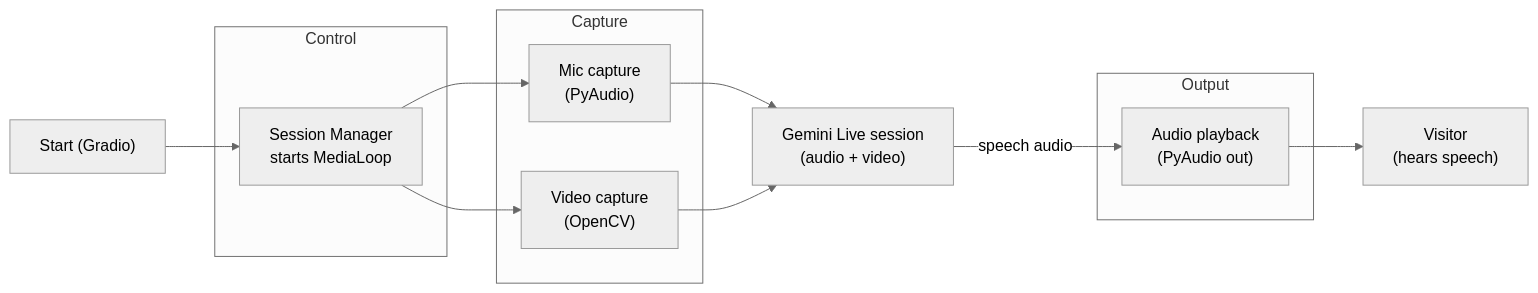
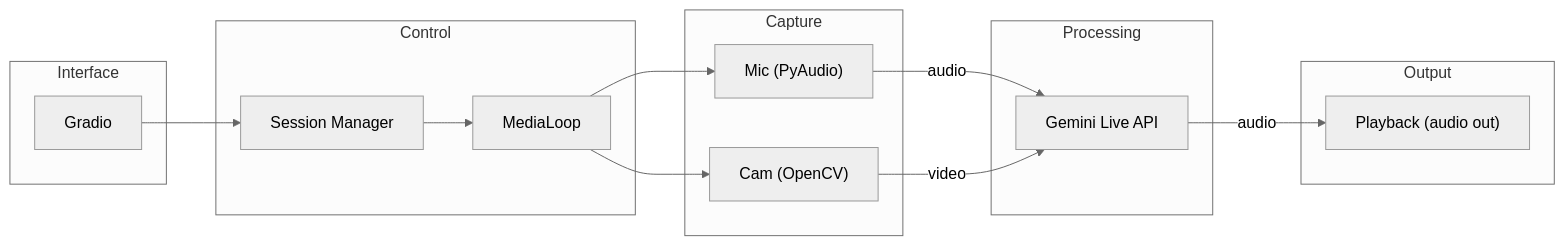
The diagram in Final_Project/README.md (toribiodiego/ECE-471-Generative-Machine-Learning), drawn with Mermaid (neutral theme) before and after one commit. The commit also changed other lines of this file, not shown here.

First line of the commit message:
docs: replace figure 2 mermaid with image

````diff
--- a/Final_Project/README.md
+++ b/Final_Project/README.md
@@ -32,28 +62,32 @@
 ```mermaid
 flowchart LR
-    start["Start (Gradio)"]
+    subgraph Interface["Interface"]
+        start["Gradio"]
+    end
 
     subgraph Control["Control"]
-        session["Session Manager<br/>starts MediaLoop"]
+        session["Session Manager"]
+        medialoop["MediaLoop"]
     end
 
     subgraph Capture["Capture"]
-        mic["Mic capture<br/>(PyAudio)"]
-        cam["Video capture<br/>(OpenCV)"]
+        mic["Mic (PyAudio)"]
+        cam["Cam (OpenCV)"]
     end
 
-    gemini["Gemini Live session<br/>(audio + video)"]
+    subgraph Processing["Processing"]
+        gemini["Gemini Live API"]
+    end
 
     subgraph Output["Output"]
-        playback["Audio playback<br/>(PyAudio out)"]
+        playback["Playback (audio out)"]
     end
 
-    visitor["Visitor<br/>(hears speech)"]
-
     start --> session
-    session --> mic
-    session --> cam
-    mic --> gemini
-    cam --> gemini
-    gemini -->|"speech audio"| playback --> visitor
+    session --> medialoop
+    medialoop --> mic
+    medialoop --> cam
+    mic -->|"audio"| gemini
+    cam -->|"video"| gemini
+    gemini -->|"audio"| playback
 ```
````
